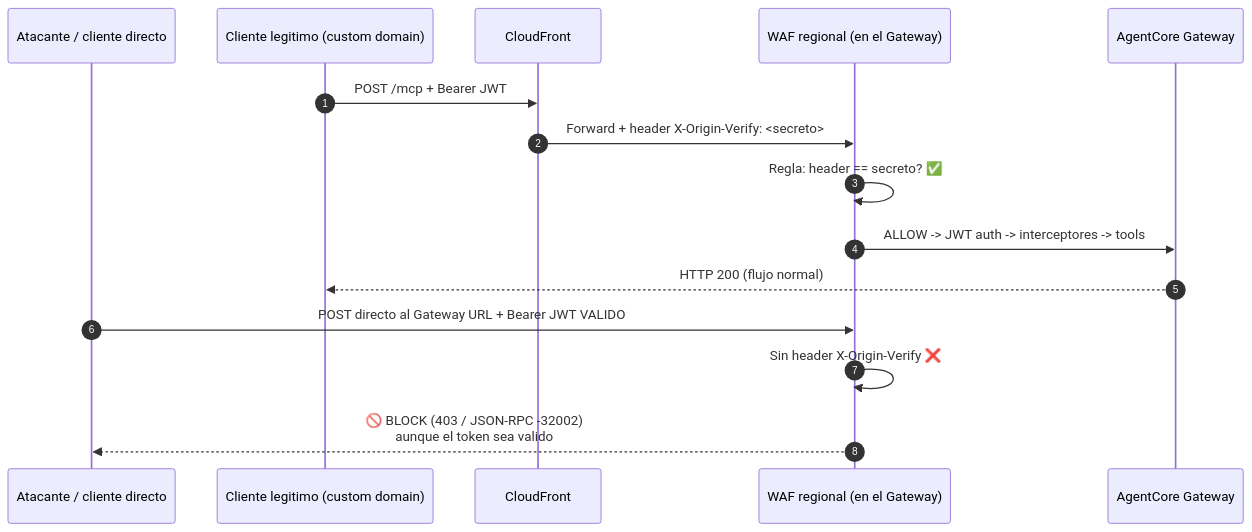
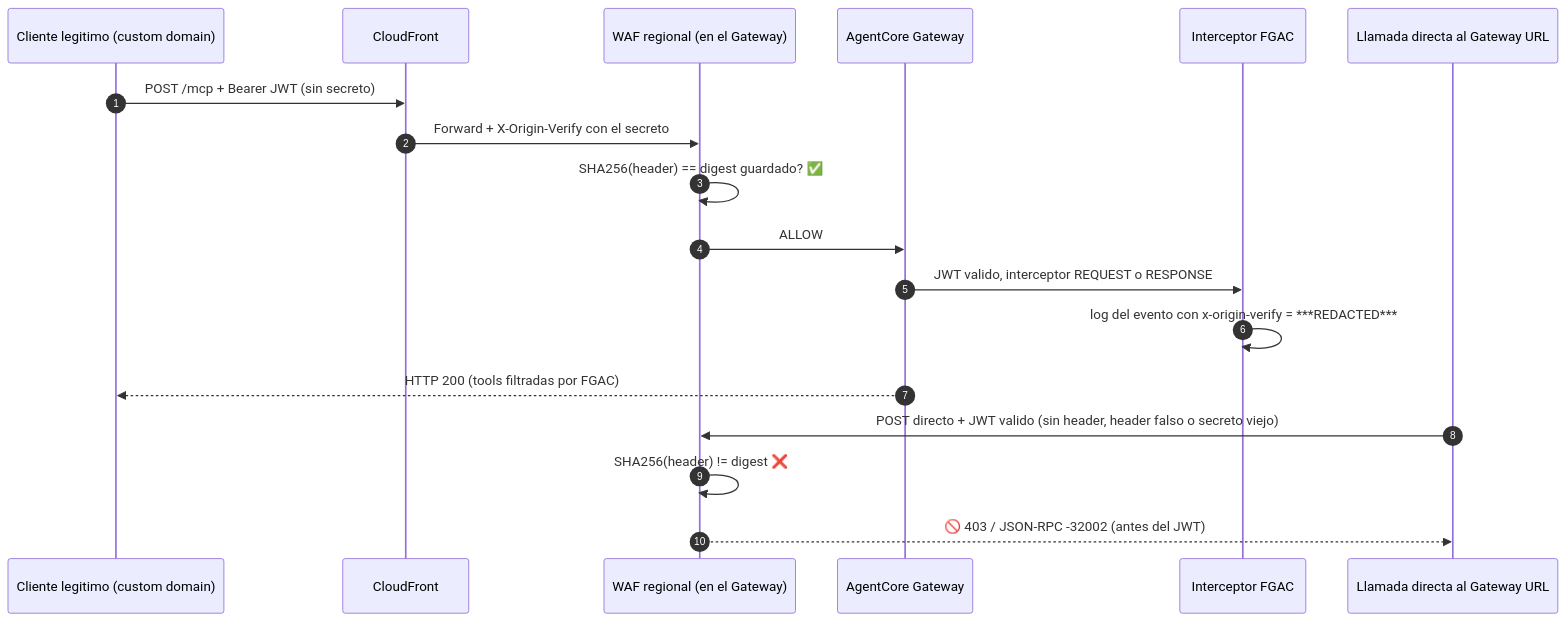
Before and after one commit to san99tiago/aws-agentcore-fine-grained-access-bank-demo: the eighth of 10 diagrams in README.md, drawn with Mermaid. The commit also changed other lines of this file and 10 other files, not shown here.

````diff
--- a/README.md
+++ b/README.md
@@ -401,19 +453,22 @@
 ```mermaid
 sequenceDiagram
     autonumber
-    participant A as Atacante / cliente directo
     participant C as Cliente legitimo (custom domain)
     participant CF as CloudFront
     participant W as WAF regional (en el Gateway)
     participant GW as AgentCore Gateway
+    participant I as Interceptor FGAC
+    participant A as Llamada directa al Gateway URL
 
-    C->>CF: POST /mcp + Bearer JWT
-    CF->>W: Forward + header X-Origin-Verify: <secreto>
-    W->>W: Regla: header == secreto? ✅
-    W->>GW: ALLOW -> JWT auth -> interceptores -> tools
-    GW-->>C: HTTP 200 (flujo normal)
+    C->>CF: POST /mcp + Bearer JWT (sin secreto)
+    CF->>W: Forward + X-Origin-Verify con el secreto
+    W->>W: SHA256(header) == digest guardado? ✅
+    W->>GW: ALLOW
+    GW->>I: JWT valido, interceptor REQUEST o RESPONSE
+    I->>I: log del evento con x-origin-verify = ***REDACTED***
+    GW-->>C: HTTP 200 (tools filtradas por FGAC)
 
-    A->>W: POST directo al Gateway URL + Bearer JWT VALIDO
-    W->>W: Sin header X-Origin-Verify ❌
-    W-->>A: 🚫 BLOCK (403 / JSON-RPC -32002)<br/>aunque el token sea valido
+    A->>W: POST directo + JWT valido (sin header, header falso o secreto viejo)
+    W->>W: SHA256(header) != digest ❌
+    W-->>A: 🚫 403 / JSON-RPC -32002 (antes del JWT)
 ```
````
